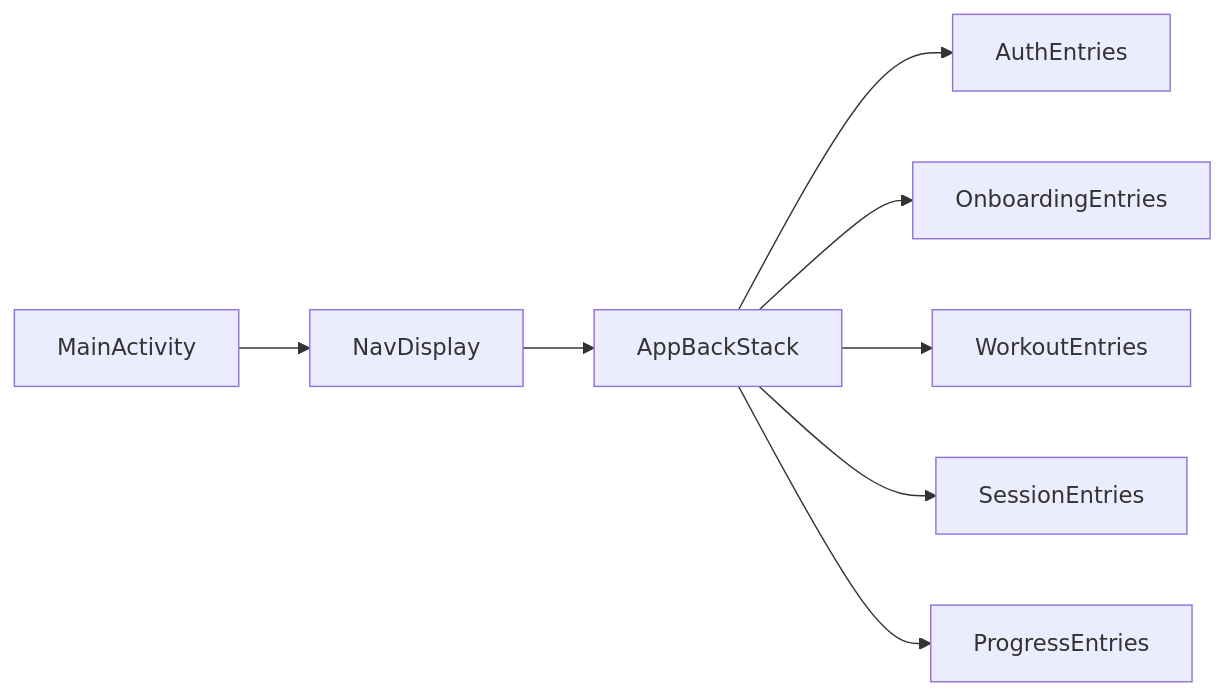
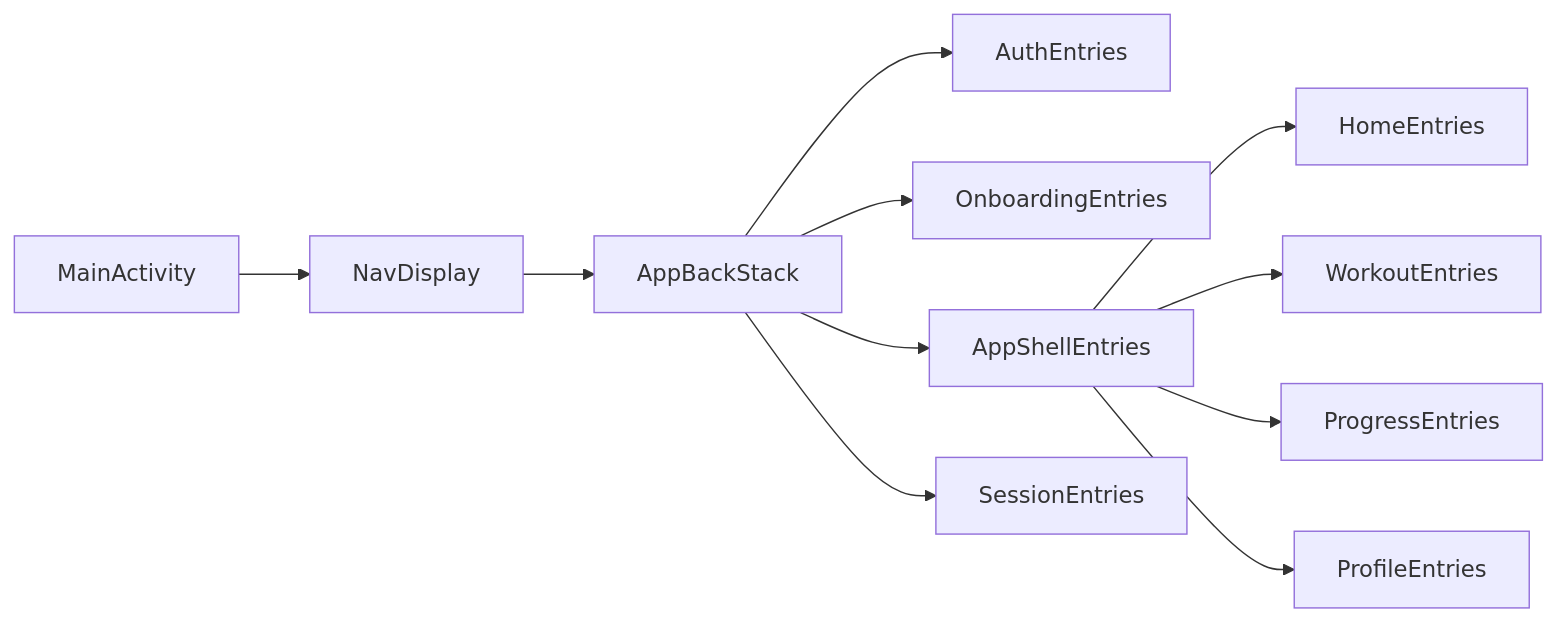
Before and after one commit to Amlsakr/FitLife: the third of 3 diagrams in _bmad-output/planning-artifacts/fitlife-architecture-v1.md, drawn with Mermaid. The commit also changed other lines of this file and 7 other files, not shown here.

Commit message:
adding app shell story

````diff
--- a/_bmad-output/planning-artifacts/fitlife-architecture-v1.md
+++ b/_bmad-output/planning-artifacts/fitlife-architecture-v1.md
@@ -332,10 +332,13 @@
 ```mermaid
 flowchart LR
     MainActivity --> NavDisplay
     NavDisplay --> AppBackStack
     AppBackStack --> AuthEntries
     AppBackStack --> OnboardingEntries
-    AppBackStack --> WorkoutEntries
+    AppBackStack --> AppShellEntries
+    AppShellEntries --> HomeEntries
+    AppShellEntries --> WorkoutEntries
+    AppShellEntries --> ProgressEntries
+    AppShellEntries --> ProfileEntries
     AppBackStack --> SessionEntries
-    AppBackStack --> ProgressEntries
 ```
````
